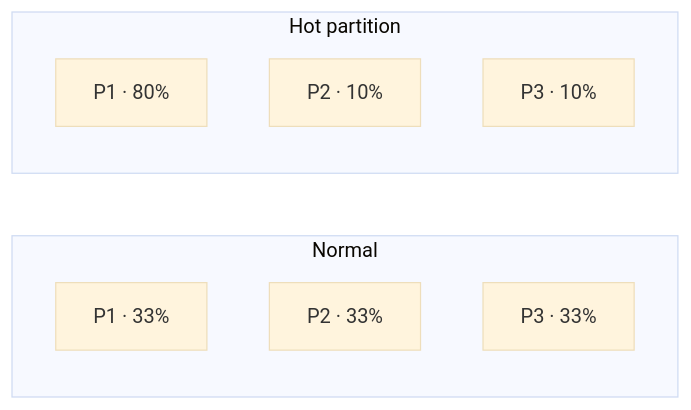
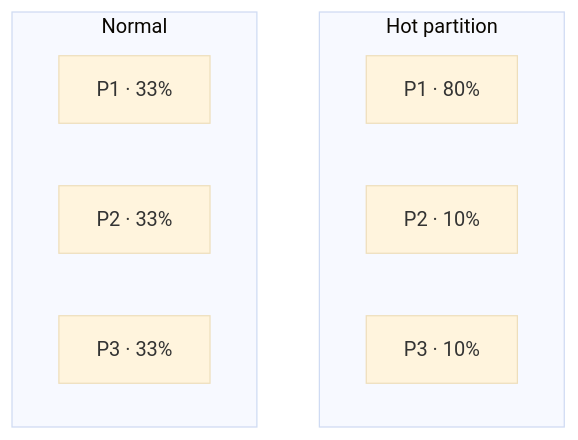
Before and after one commit to hareramcse/SystemDesign: the ninth of 43 diagrams in 05-distributed-databases/README.md, drawn with Mermaid (base theme). The commit also changed other lines of this file and 14 other files, not shown here.

````diff
--- a/05-distributed-databases/README.md
+++ b/05-distributed-databases/README.md
@@ -1052,13 +644,16 @@
 ```mermaid
 flowchart LR
     subgraph Normal[Normal]
+        direction LR
         N1[P1 · 33%]
         N2[P2 · 33%]
         N3[P3 · 33%]
     end
     subgraph Hot[Hot partition]
+        direction LR
         H1[P1 · 80%]
         H2[P2 · 10%]
         H3[P3 · 10%]
     end
+    Normal ~~~ Hot
 ```
````
